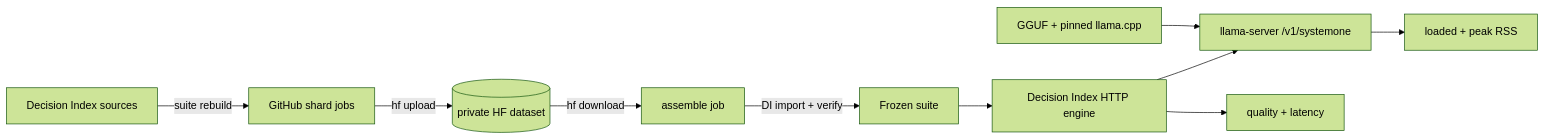
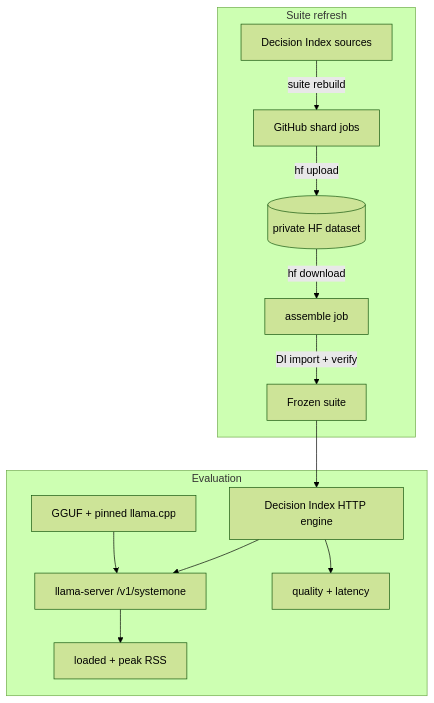
The diagram in .github/README.md (datGryphon/systemone-eval), drawn with Mermaid (forest theme) before and after one commit.

Commit message:
docs: separate suite and evaluation flows

````diff
--- a/.github/README.md
+++ b/.github/README.md
@@ -7,13 +7,30 @@
 ```mermaid
-flowchart LR
-    DI[Decision Index sources] -->|suite rebuild| SHARDS[GitHub shard jobs]
-    SHARDS -->|hf upload| HF[(private HF dataset)]
-    HF -->|hf download| ASSEMBLE[assemble job]
-    ASSEMBLE -->|DI import + verify| SUITE[Frozen suite]
+flowchart TD
+    subgraph REFRESH["Suite refresh"]
+        DI[Decision Index sources]
+        SHARDS[GitHub shard jobs]
+        HF[(private HF dataset)]
+        ASSEMBLE[assemble job]
+        SUITE[Frozen suite]
 
-    SUITE --> EVAL[Decision Index HTTP engine]
-    MODEL[GGUF + pinned llama.cpp] --> SERVER[llama-server /v1/systemone]
-    EVAL --> SERVER
-    EVAL --> RESULTS[quality + latency]
-    SERVER --> RAM[loaded + peak RSS]
+        DI -->|suite rebuild| SHARDS
+        SHARDS -->|hf upload| HF
+        HF -->|hf download| ASSEMBLE
+        ASSEMBLE -->|DI import + verify| SUITE
+    end
+
+    subgraph EVALUATION["Evaluation"]
+        MODEL[GGUF + pinned llama.cpp]
+        SERVER[llama-server /v1/systemone]
+        EVAL[Decision Index HTTP engine]
+        RESULTS[quality + latency]
+        RAM[loaded + peak RSS]
+
+        MODEL --> SERVER
+        EVAL --> SERVER
+        EVAL --> RESULTS
+        SERVER --> RAM
+    end
+
+    SUITE --> EVAL
 ```
````
